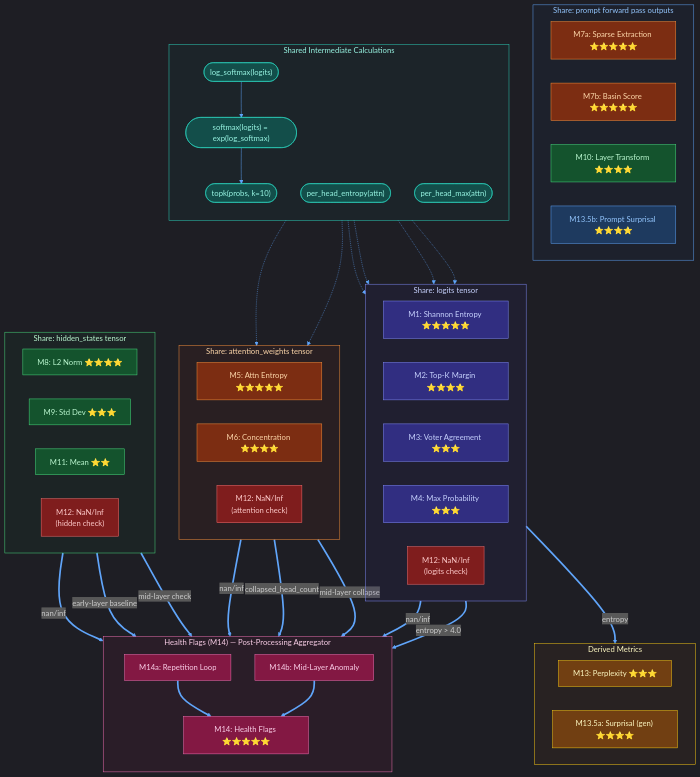
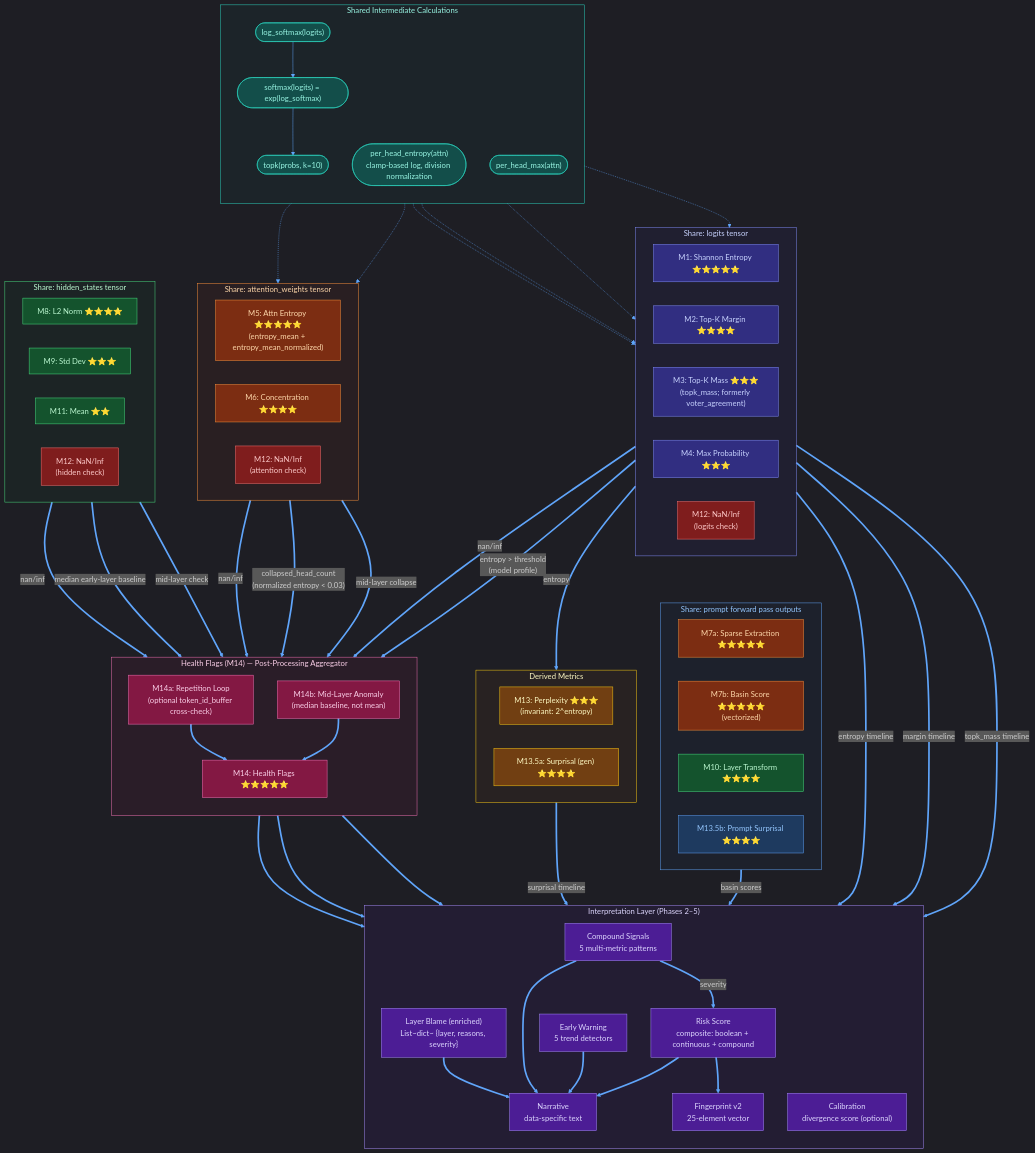
The diagram in docs/mermaid/metrics-dependency-chain.mmd (Joe-b-20/CoreVital), drawn with Mermaid before and after one commit. The commit also changed 67 other files, not shown here.

First line of the commit message:
refactor: audit-57 — instrumentation pipeline overhaul (v0.5.0-rc) (#25)

```diff
--- a/docs/mermaid/metrics-dependency-chain.mmd
+++ b/docs/mermaid/metrics-dependency-chain.mmd
@@ -1,158 +1,183 @@
-%% Phase-1 Metrics: Dependencies & Shared Data
+%% CoreVital Metrics: Dependencies & Shared Data
 %% Shows which metrics depend on other metrics' outputs (thick arrows)
 %% and which metrics share the same raw data source (thin grouped edges).
-%% Ref: docs/Phase1 metrics analysis.md
+%% Updated: 2026-02-28 — audit-57 refactor. Renames: voter_agreement → topk_mass, topk → topk_probs.
+%% New: entropy_mean_normalized, compound signals chain, calibration chain.
+%% Ref: src/CoreVital/instrumentation/summaries/, risk.py, compound_signals.py, early_warning.py
 %%{init: {'theme':'dark', 'themeVariables': {'primaryColor':'#1e3a5f', 'primaryTextColor':'#e2e8f0', 'lineColor':'#60a5fa', 'clusterBkg':'#1e293b', 'clusterBorder':'#475569'}}}%%
 
 graph TB
 
     %% ═══════════════════════════════════════════════════════════════════
     %% SHARED DATA GROUPS — metrics that consume the same raw tensor
     %% ═══════════════════════════════════════════════════════════════════
 
     subgraph G_LOGITS["Share: logits tensor"]
         direction LR
         M1["M1: Shannon Entropy ⭐⭐⭐⭐⭐"]
         M2["M2: Top-K Margin ⭐⭐⭐⭐"]
-        M3["M3: Voter Agreement ⭐⭐⭐"]
+        M3["M3: Top-K Mass ⭐⭐⭐<br/>(topk_mass; formerly voter_agreement)"]
         M4["M4: Max Probability ⭐⭐⭐"]
         M12_L["M12: NaN/Inf<br/>(logits check)"]
     end
 
     subgraph G_ATTN["Share: attention_weights tensor"]
         direction LR
-        M5["M5: Attn Entropy ⭐⭐⭐⭐⭐"]
+        M5["M5: Attn Entropy ⭐⭐⭐⭐⭐<br/>(entropy_mean + entropy_mean_normalized)"]
         M6["M6: Concentration ⭐⭐⭐⭐"]
         M12_A["M12: NaN/Inf<br/>(attention check)"]
     end
 
     subgraph G_HIDDEN["Share: hidden_states tensor"]
         direction LR
         M8["M8: L2 Norm ⭐⭐⭐⭐"]
         M9["M9: Std Dev ⭐⭐⭐"]
         M11["M11: Mean ⭐⭐"]
         M12_H["M12: NaN/Inf<br/>(hidden check)"]
     end
 
     subgraph G_PROMPT["Share: prompt forward pass outputs"]
         direction LR
         M7a["M7a: Sparse Extraction ⭐⭐⭐⭐⭐"]
-        M7b["M7b: Basin Score ⭐⭐⭐⭐⭐"]
+        M7b["M7b: Basin Score ⭐⭐⭐⭐⭐<br/>(vectorized)"]
         M10["M10: Layer Transform ⭐⭐⭐⭐"]
         M13_5b["M13.5b: Prompt Surprisal ⭐⭐⭐⭐"]
     end
 
     %% ═══════════════════════════════════════════════════════════════════
     %% SHARED INTERMEDIATE COMPUTATIONS
-    %% Metrics that reuse the same intermediate result
     %% ═══════════════════════════════════════════════════════════════════
 
     subgraph CALC_SHARE["Shared Intermediate Calculations"]
         direction TB
         C1(["log_softmax(logits)"])
         C2(["softmax(logits) = exp(log_softmax)"])
         C3(["topk(probs, k=10)"])
-        C4(["per_head_entropy(attn)"])
+        C4(["per_head_entropy(attn)<br/>clamp-based log, division normalization"])
         C5(["per_head_max(attn)"])
     end
 
-    %% log_softmax chain
     C1 -.-> M1
     C1 --> C2
     C2 -.-> M4
     C2 --> C3
     C3 -.-> M2
     C3 -.-> M3
 
-    %% attention chain
     C4 -.-> M5
     C5 -.-> M6
 
     %% ═══════════════════════════════════════════════════════════════════
     %% METRIC → METRIC DEPENDENCIES (thick arrows)
-    %% These are TRUE dependencies: metric B requires metric A's output
     %% ═══════════════════════════════════════════════════════════════════
 
     subgraph DERIVED["Derived Metrics"]
         direction LR
-        M13["M13: Perplexity ⭐⭐⭐"]
+        M13["M13: Perplexity ⭐⭐⭐<br/>(invariant: 2^entropy)"]
         M13_5a["M13.5a: Surprisal (gen) ⭐⭐⭐⭐"]
     end
 
     M1 ==>|"entropy"| M13
 
     subgraph HEALTH["Health Flags (M14) — Post-Processing Aggregator"]
         direction TB
         M14["M14: Health Flags ⭐⭐⭐⭐⭐"]
-        M14a["M14a: Repetition Loop"]
-        M14b["M14b: Mid-Layer Anomaly"]
+        M14a["M14a: Repetition Loop<br/>(optional token_id_buffer cross-check)"]
+        M14b["M14b: Mid-Layer Anomaly<br/>(median baseline, not mean)"]
     end
 
-    %% Health Flags depend on multiple metrics' outputs
     M12_L ==>|"nan/inf"| M14
     M12_A ==>|"nan/inf"| M14
     M12_H ==>|"nan/inf"| M14
-    M5 ==>|"collapsed_head_count"| M14
-    M1 ==>|"entropy > 4.0"| M14
+    M5 ==>|"collapsed_head_count<br/>(normalized entropy < 0.03)"| M14
+    M1 ==>|"entropy > threshold<br/>(model profile)"| M14
 
-    %% Repetition loop depends on hidden states (transient buffer)
     M14a ==> M14
-
-    %% Mid-layer anomaly depends on L2 norms + NaN/Inf + attention collapse
-    M8 ==>|"early-layer baseline"| M14b
+    M8 ==>|"median early-layer baseline"| M14b
     M12_H ==>|"mid-layer check"| M14b
     M5 ==>|"mid-layer collapse"| M14b
     M14b ==> M14
 
     %% ═══════════════════════════════════════════════════════════════════
+    %% INTERPRETATION LAYER — depends on health + timeline metrics
+    %% ═══════════════════════════════════════════════════════════════════
+
+    subgraph INTERP["Interpretation Layer (Phases 2–5)"]
+        direction TB
+        CS["Compound Signals<br/>5 multi-metric patterns"]
+        RS["Risk Score<br/>composite: boolean + continuous + compound"]
+        EW["Early Warning<br/>5 trend detectors"]
+        LB["Layer Blame (enriched)<br/>List~dict~ {layer, reasons, severity}"]
+        NAR["Narrative<br/>data-specific text"]
+        FP["Fingerprint v2<br/>25-element vector"]
+        CAL["Calibration<br/>divergence score (optional)"]
+    end
+
+    M14 ==> RS
+    M14 ==> EW
+    M14 ==> CS
+    M1 ==>|"entropy timeline"| RS
+    M2 ==>|"margin timeline"| RS
+    M3 ==>|"topk_mass timeline"| RS
+    M13_5a ==>|"surprisal timeline"| RS
+    M7b ==>|"basin scores"| CS
+    CS ==>|"severity"| RS
+    RS ==> NAR
+    EW ==> NAR
+    CS ==> NAR
+    LB ==> NAR
+    RS ==> FP
+
+    %% ═══════════════════════════════════════════════════════════════════
     %% STYLING
     %% ═══════════════════════════════════════════════════════════════════
 
-    %% Group backgrounds
     style G_LOGITS fill:#312e8120,stroke:#818cf8,color:#c7d2fe
     style G_ATTN fill:#7c2d1220,stroke:#fb923c,color:#fed7aa
     style G_HIDDEN fill:#14532d20,stroke:#4ade80,color:#bbf7d0
     style G_PROMPT fill:#1e3a5f20,stroke:#60a5fa,color:#93c5fd
     style CALC_SHARE fill:#134e4a20,stroke:#2dd4bf,color:#99f6e4
     style DERIVED fill:#713f1220,stroke:#facc15,color:#fef9c3
     style HEALTH fill:#83184320,stroke:#f472b6,color:#fbcfe8
+    style INTERP fill:#4c1d9520,stroke:#a78bfa,color:#ddd6fe
 
-    %% Logit metrics
     style M1 fill:#312e81,stroke:#818cf8,color:#c7d2fe
     style M2 fill:#312e81,stroke:#818cf8,color:#c7d2fe
     style M3 fill:#312e81,stroke:#818cf8,color:#c7d2fe
     style M4 fill:#312e81,stroke:#818cf8,color:#c7d2fe
 
-    %% Attention metrics
     style M5 fill:#7c2d12,stroke:#fb923c,color:#fed7aa
     style M6 fill:#7c2d12,stroke:#fb923c,color:#fed7aa
     style M7a fill:#7c2d12,stroke:#fb923c,color:#fed7aa
     style M7b fill:#7c2d12,stroke:#fb923c,color:#fed7aa
 
-    %% Hidden state metrics
     style M8 fill:#14532d,stroke:#4ade80,color:#bbf7d0
     style M9 fill:#14532d,stroke:#4ade80,color:#bbf7d0
     style M10 fill:#14532d,stroke:#4ade80,color:#bbf7d0
     style M11 fill:#14532d,stroke:#4ade80,color:#bbf7d0
 
-    %% NaN/Inf (appears in multiple groups)
     style M12_L fill:#7f1d1d,stroke:#f87171,color:#fecaca
     style M12_A fill:#7f1d1d,stroke:#f87171,color:#fecaca
     style M12_H fill:#7f1d1d,stroke:#f87171,color:#fecaca
 
-    %% Derived
     style M13 fill:#713f12,stroke:#facc15,color:#fef9c3
     style M13_5a fill:#713f12,stroke:#facc15,color:#fef9c3
     style M13_5b fill:#1e3a5f,stroke:#60a5fa,color:#93c5fd
 
-    %% Health flags
     style M14 fill:#831843,stroke:#f472b6,color:#fbcfe8
     style M14a fill:#831843,stroke:#f472b6,color:#fbcfe8
     style M14b fill:#831843,stroke:#f472b6,color:#fbcfe8
 
-    %% Shared calculations
     style C1 fill:#134e4a,stroke:#2dd4bf,color:#99f6e4
     style C2 fill:#134e4a,stroke:#2dd4bf,color:#99f6e4
     style C3 fill:#134e4a,stroke:#2dd4bf,color:#99f6e4
     style C4 fill:#134e4a,stroke:#2dd4bf,color:#99f6e4
     style C5 fill:#134e4a,stroke:#2dd4bf,color:#99f6e4
+
+    style CS fill:#4c1d95,stroke:#a78bfa,color:#ddd6fe
+    style RS fill:#4c1d95,stroke:#a78bfa,color:#ddd6fe
+    style EW fill:#4c1d95,stroke:#a78bfa,color:#ddd6fe
+    style LB fill:#4c1d95,stroke:#a78bfa,color:#ddd6fe
+    style NAR fill:#4c1d95,stroke:#a78bfa,color:#ddd6fe
+    style FP fill:#4c1d95,stroke:#a78bfa,color:#ddd6fe
+    style CAL fill:#4c1d95,stroke:#a78bfa,color:#ddd6fe
```
